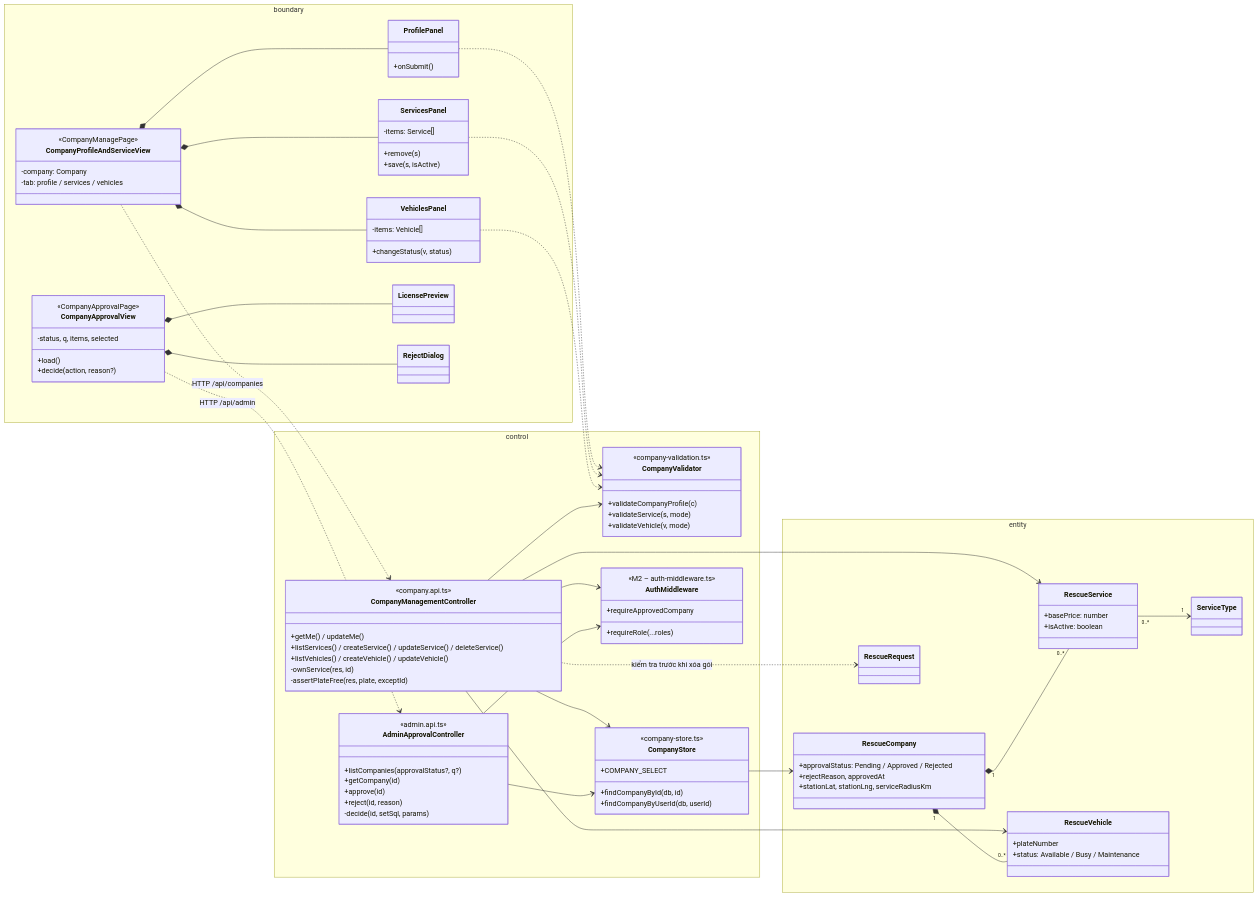
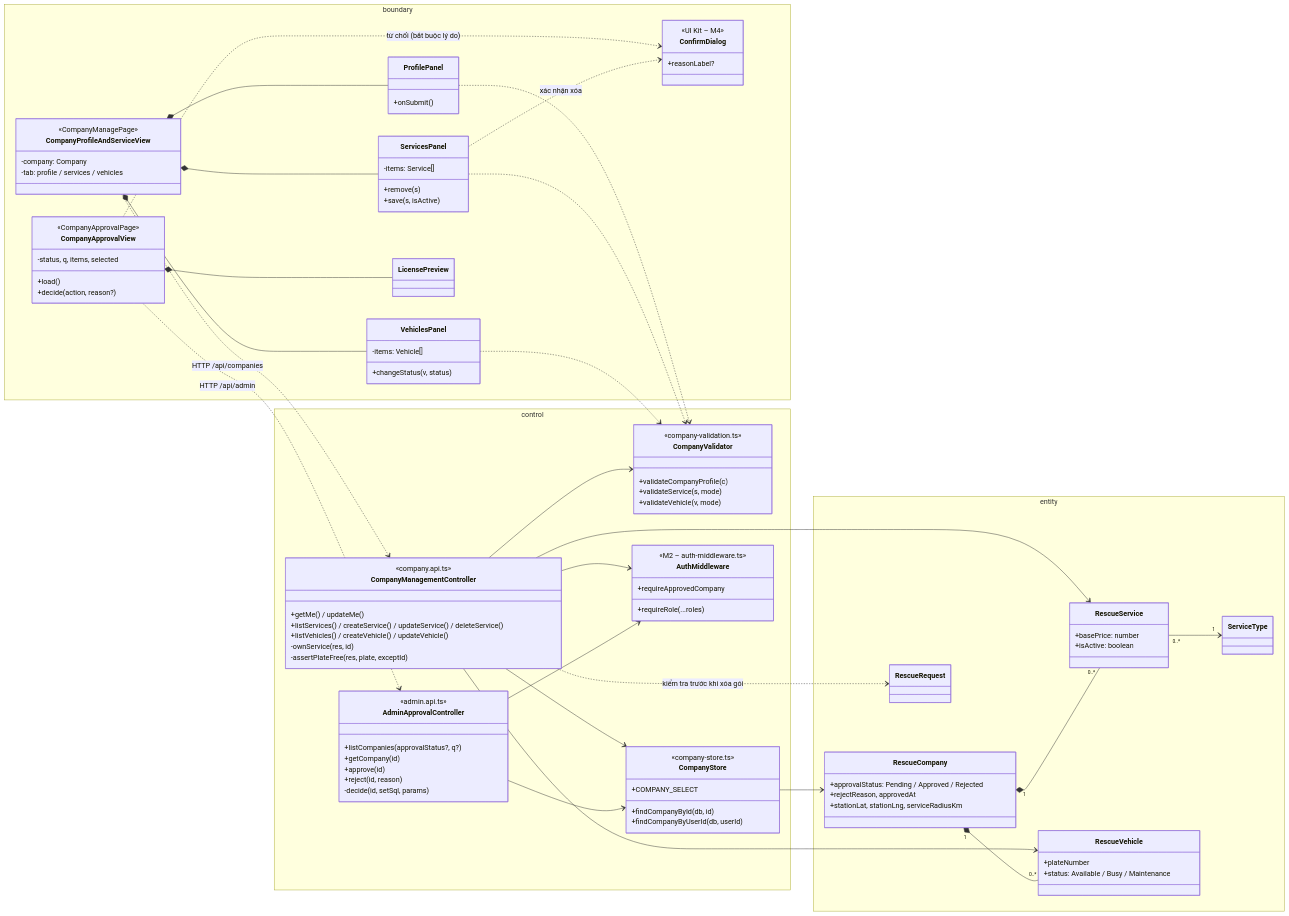
The fifth of 5 diagrams in docs/design/M3-tuan1-cong-ty-admin.md (ThanhQuang214/roadside-assistance), drawn with Mermaid before and after one commit. The commit also changed other lines of this file and 15 other files, not shown here.

```diff
--- a/docs/design/M3-tuan1-cong-ty-admin.md
+++ b/docs/design/M3-tuan1-cong-ty-admin.md
@@ -230,7 +230,10 @@
       +decide(action, reason?)
     }
     class LicensePreview
-    class RejectDialog
+    class ConfirmDialog {
+      <<UI Kit – M4>>
+      +reasonLabel?
+    }
   }
   namespace control {
     class CompanyManagementController {
@@ -288,7 +291,8 @@
   CompanyProfileAndServiceView *-- ServicesPanel
   CompanyProfileAndServiceView *-- VehiclesPanel
   CompanyApprovalView *-- LicensePreview
-  CompanyApprovalView *-- RejectDialog
+  CompanyApprovalView ..> ConfirmDialog : từ chối (bắt buộc lý do)
+  ServicesPanel ..> ConfirmDialog : xác nhận xóa
   ProfilePanel ..> CompanyValidator
   ServicesPanel ..> CompanyValidator
   VehiclesPanel ..> CompanyValidator
```
